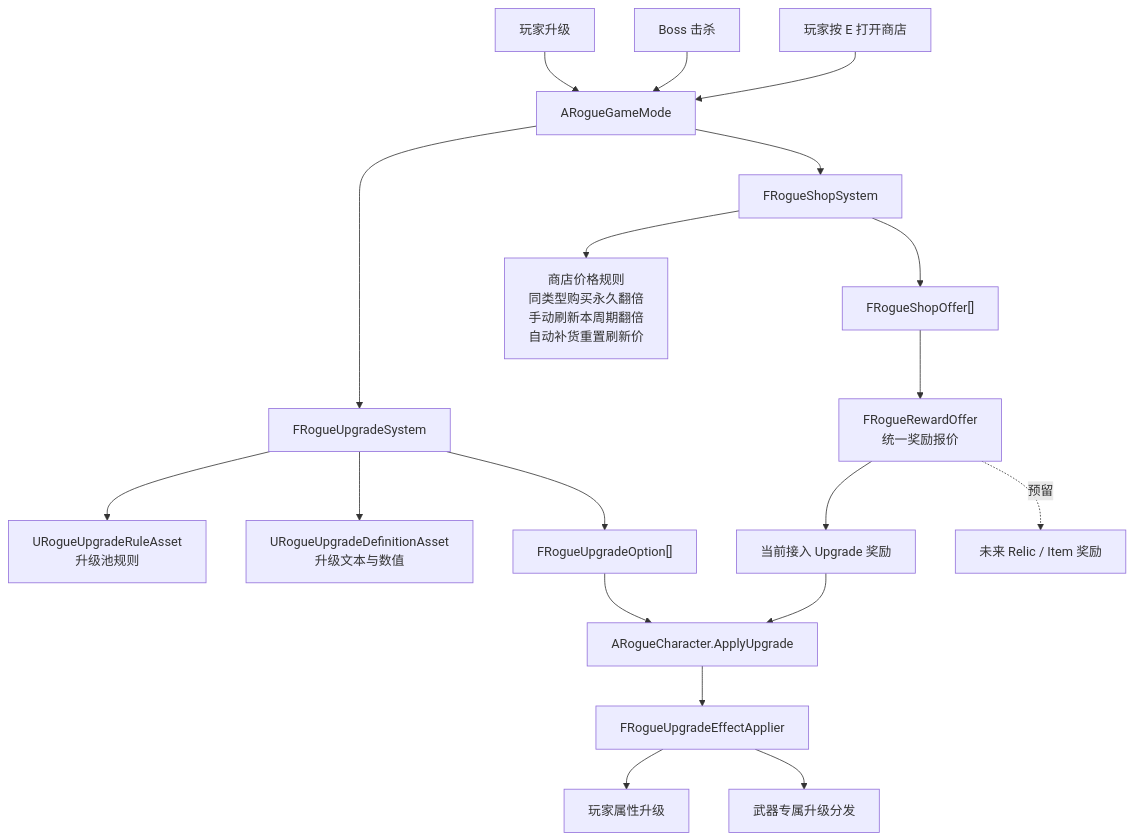
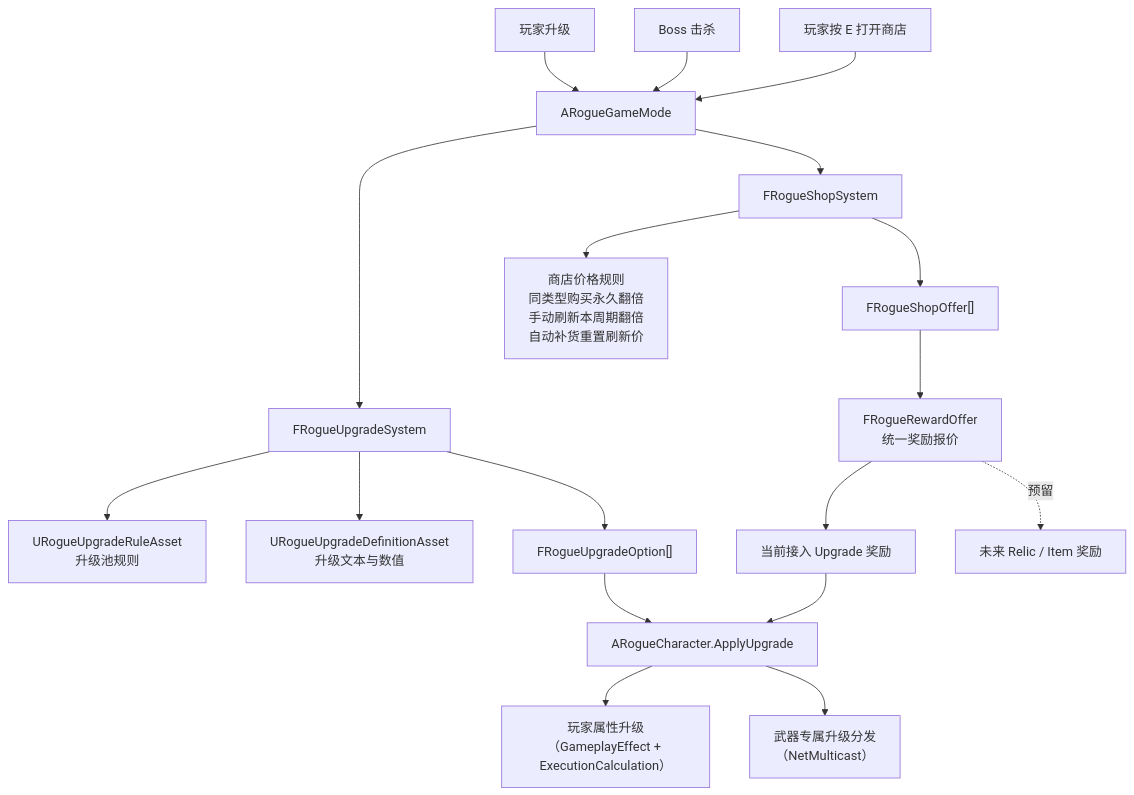
Before and after one commit to Elysiasloverly/AI-: the seventh of 10 diagrams in Docs/CurrentAllSystemsArchitecture.md, drawn with Mermaid. The commit also changed other lines of this file and 106 other files, not shown here.

````diff
--- a/Docs/CurrentAllSystemsArchitecture.md
+++ b/Docs/CurrentAllSystemsArchitecture.md
@@ -193,26 +193,25 @@
 ```mermaid
 flowchart TD
     LevelUp["玩家升级"] --> GM["ARogueGameMode"]
     BossKilled["Boss 击杀"] --> GM
     ShopInteract["玩家按 E 打开商店"] --> GM
 
     GM --> UpgradeSystem["FRogueUpgradeSystem"]
     GM --> ShopSystem["FRogueShopSystem"]
 
     UpgradeSystem --> UpgradeRules["URogueUpgradeRuleAsset\n升级池规则"]
     UpgradeSystem --> UpgradeDefs["URogueUpgradeDefinitionAsset\n升级文本与数值"]
     UpgradeSystem --> UpgradeOptions["FRogueUpgradeOption[]"]
 
     ShopSystem --> ShopOffers["FRogueShopOffer[]"]
     ShopOffers --> RewardOffer["FRogueRewardOffer\n统一奖励报价"]
     RewardOffer --> UpgradeReward["当前接入 Upgrade 奖励"]
     RewardOffer -. "预留" .-> RelicReward["未来 Relic / Item 奖励"]
 
     UpgradeOptions --> ApplyUpgrade["ARogueCharacter.ApplyUpgrade"]
     UpgradeReward --> ApplyUpgrade
-    ApplyUpgrade --> EffectApplier["FRogueUpgradeEffectApplier"]
-    EffectApplier --> PlayerStats["玩家属性升级"]
-    EffectApplier --> WeaponUpgrade["武器专属升级分发"]
+    ApplyUpgrade --> PlayerStats["玩家属性升级\n（GameplayEffect + ExecutionCalculation）"]
+    ApplyUpgrade --> WeaponUpgrade["武器专属升级分发\n（NetMulticast）"]
 
     ShopSystem --> PriceRules["商店价格规则\n同类型购买永久翻倍\n手动刷新本周期翻倍\n自动补货重置刷新价"]
 ```
````
